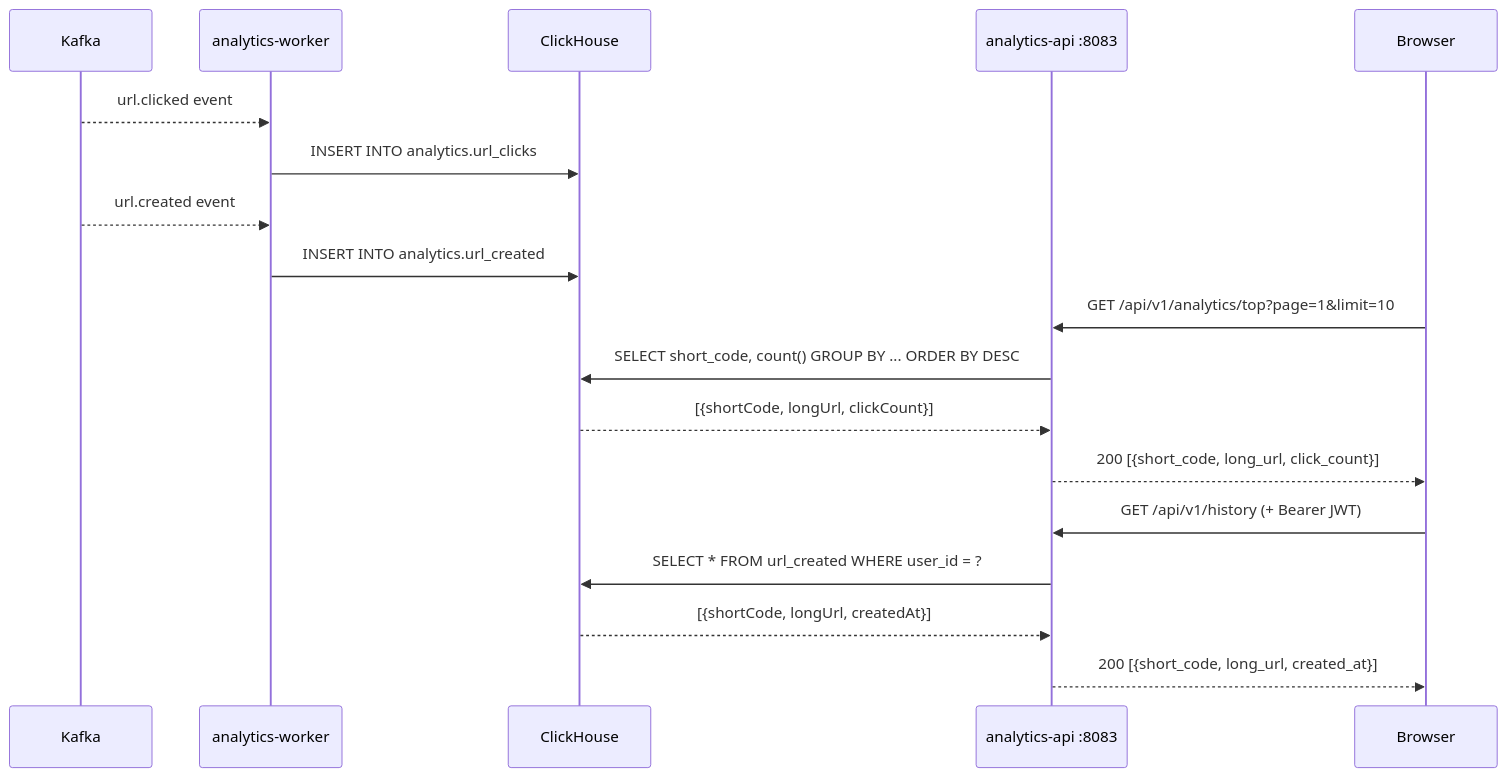
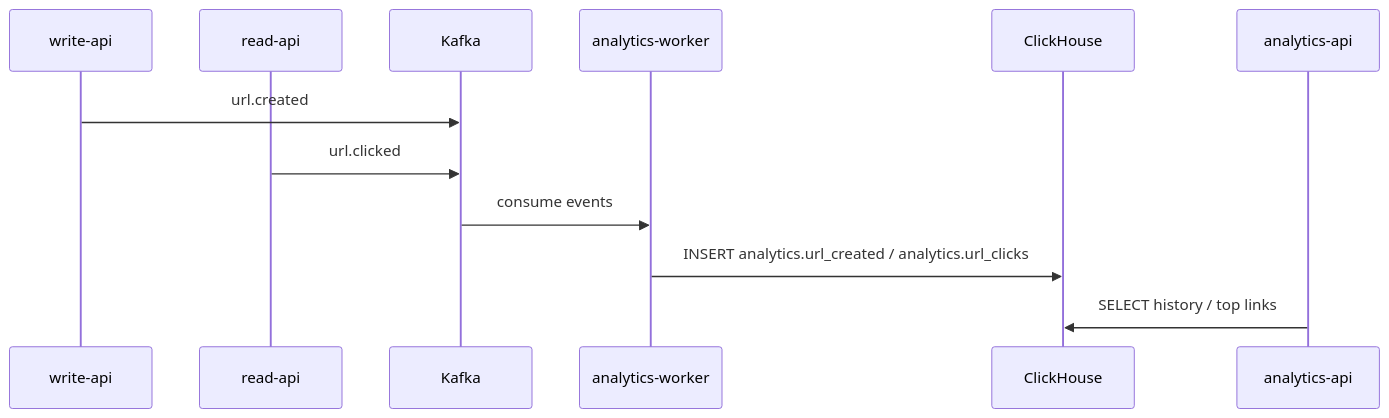
One commit to hemantkgupta/url-shortener-java changed the fifth of 7 diagrams in docs/architecture.md. Above: the diagram before and after it, drawn with Mermaid. The commit also changed other lines of this file and 5 other files, not shown here.

````diff
--- a/docs/architecture.md
+++ b/docs/architecture.md
@@ -137,24 +223,15 @@
 ```mermaid
 sequenceDiagram
+    participant W as write-api
+    participant R as read-api
     participant K as Kafka
     participant AW as analytics-worker
     participant CH as ClickHouse
-    participant AA as analytics-api :8083
-    participant B as Browser
+    participant AA as analytics-api
 
-    K-->>AW: url.clicked event
-    AW->>CH: INSERT INTO analytics.url_clicks
-
-    K-->>AW: url.created event
-    AW->>CH: INSERT INTO analytics.url_created
-
-    B->>AA: GET /api/v1/analytics/top?page=1&limit=10
-    AA->>CH: SELECT short_code, count() GROUP BY ... ORDER BY DESC
-    CH-->>AA: [{shortCode, longUrl, clickCount}]
-    AA-->>B: 200 [{short_code, long_url, click_count}]
-
-    B->>AA: GET /api/v1/history (+ Bearer JWT)
-    AA->>CH: SELECT * FROM url_created WHERE user_id = ?
-    CH-->>AA: [{shortCode, longUrl, createdAt}]
-    AA-->>B: 200 [{short_code, long_url, created_at}]
+    W->>K: url.created
+    R->>K: url.clicked
+    K->>AW: consume events
+    AW->>CH: INSERT analytics.url_created / analytics.url_clicks
+    AA->>CH: SELECT history / top links
 ```
````
